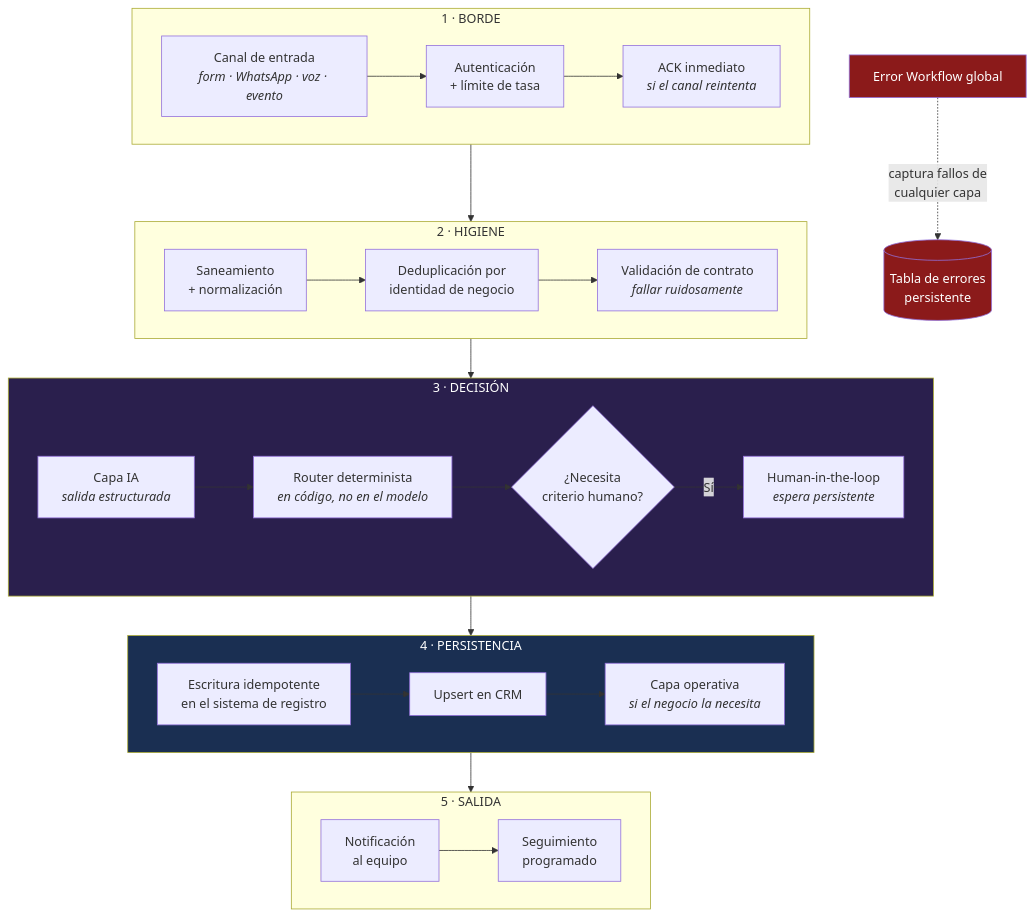
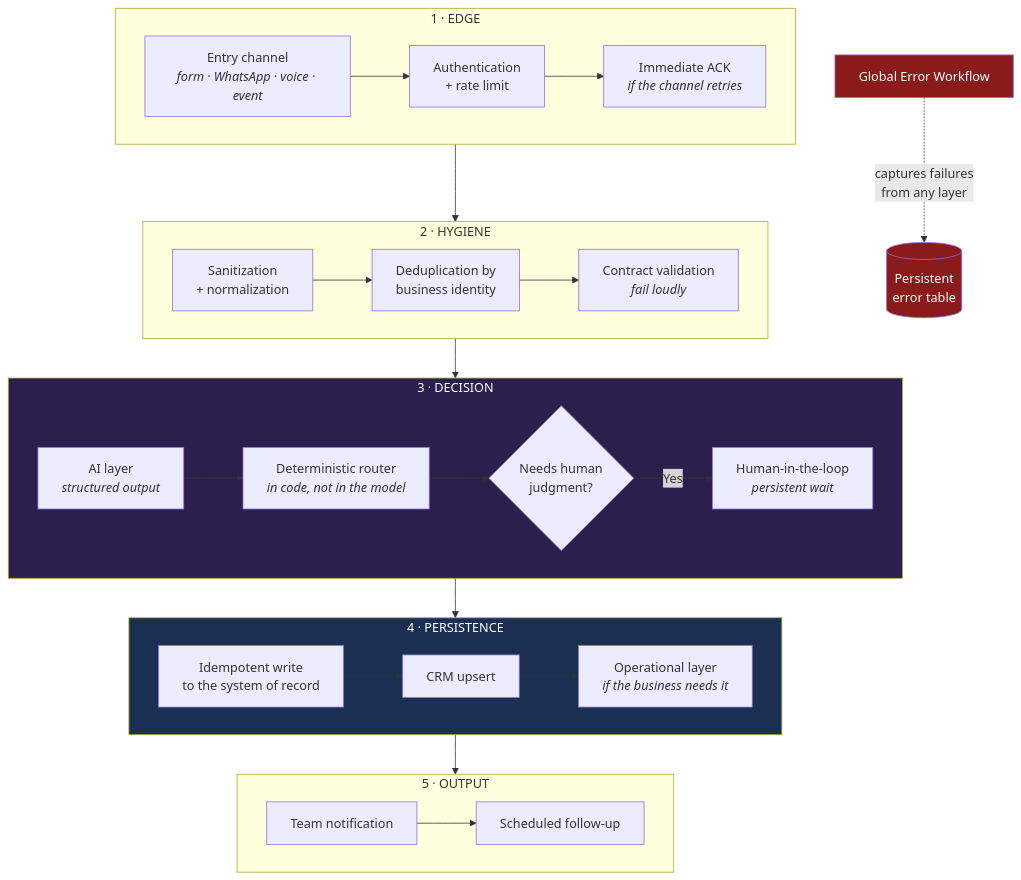
Before and after one commit to BhrayanM/Portafolio: the first of 3 diagrams in docs/patterns/webhook-ai-crm-notify.md, drawn with Mermaid. The commit also changed other lines of this file and 59 other files, not shown here.

````diff
--- a/docs/patterns/webhook-ai-crm-notify.md
+++ b/docs/patterns/webhook-ai-crm-notify.md
@@ -12,36 +12,36 @@
 ```mermaid
 flowchart TB
-    subgraph L1 ["1 · BORDE"]
-        A["Canal de entrada<br/><i>form · WhatsApp · voz · evento</i>"] --> B["Autenticación<br/>+ límite de tasa"]
-        B --> C["ACK inmediato<br/><i>si el canal reintenta</i>"]
+    subgraph L1 ["1 · EDGE"]
+        A["Entry channel<br/><i>form · WhatsApp · voice · event</i>"] --> B["Authentication<br/>+ rate limit"]
+        B --> C["Immediate ACK<br/><i>if the channel retries</i>"]
     end
 
-    subgraph L2 ["2 · HIGIENE"]
-        D["Saneamiento<br/>+ normalización"] --> E["Deduplicación por<br/>identidad de negocio"]
-        E --> F["Validación de contrato<br/><i>fallar ruidosamente</i>"]
+    subgraph L2 ["2 · HYGIENE"]
+        D["Sanitization<br/>+ normalization"] --> E["Deduplication by<br/>business identity"]
+        E --> F["Contract validation<br/><i>fail loudly</i>"]
     end
 
-    subgraph L3 ["3 · DECISIÓN"]
-        G["Capa IA<br/><i>salida estructurada</i>"] --> H["Router determinista<br/><i>en código, no en el modelo</i>"]
-        H --> I{"¿Necesita<br/>criterio humano?"}
-        I -- Sí --> J["Human-in-the-loop<br/><i>espera persistente</i>"]
+    subgraph L3 ["3 · DECISION"]
+        G["AI layer<br/><i>structured output</i>"] --> H["Deterministic router<br/><i>in code, not in the model</i>"]
+        H --> I{"Needs human<br/>judgment?"}
+        I -- Yes --> J["Human-in-the-loop<br/><i>persistent wait</i>"]
     end
 
-    subgraph L4 ["4 · PERSISTENCIA"]
-        K["Escritura idempotente<br/>en el sistema de registro"] --> L["Upsert en CRM"]
-        L --> M["Capa operativa<br/><i>si el negocio la necesita</i>"]
+    subgraph L4 ["4 · PERSISTENCE"]
+        K["Idempotent write<br/>to the system of record"] --> L["CRM upsert"]
+        L --> M["Operational layer<br/><i>if the business needs it</i>"]
     end
 
-    subgraph L5 ["5 · SALIDA"]
-        N["Notificación<br/>al equipo"] --> O["Seguimiento<br/>programado"]
+    subgraph L5 ["5 · OUTPUT"]
+        N["Team notification"] --> O["Scheduled follow-up"]
     end
 
     L1 --> L2 --> L3 --> L4 --> L5
 
-    P["Error Workflow global"] -.captura fallos de<br/>cualquier capa.-> Q[("Tabla de errores<br/>persistente")]
+    P["Global Error Workflow"] -.captures failures<br/>from any layer.-> Q[("Persistent<br/>error table")]
 
     style L3 fill:#2a1f4d,color:#fff
     style L4 fill:#1a2f52,color:#fff
     style P fill:#8b1a1a,color:#fff
     style Q fill:#8b1a1a,color:#fff
 ```
````
